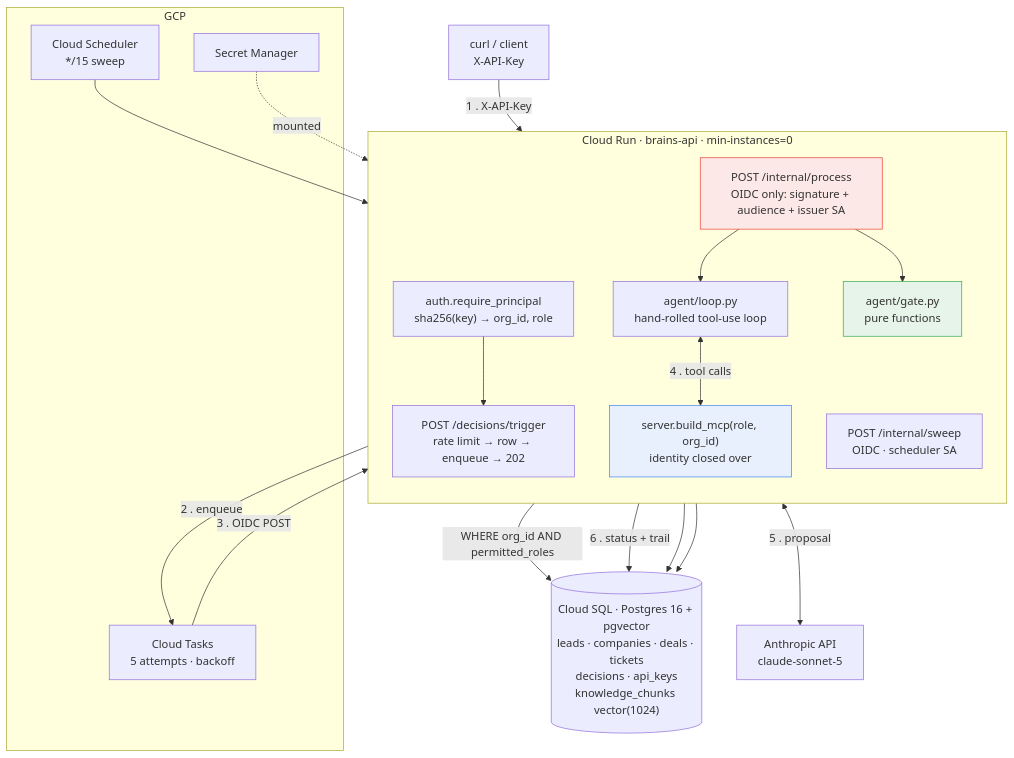
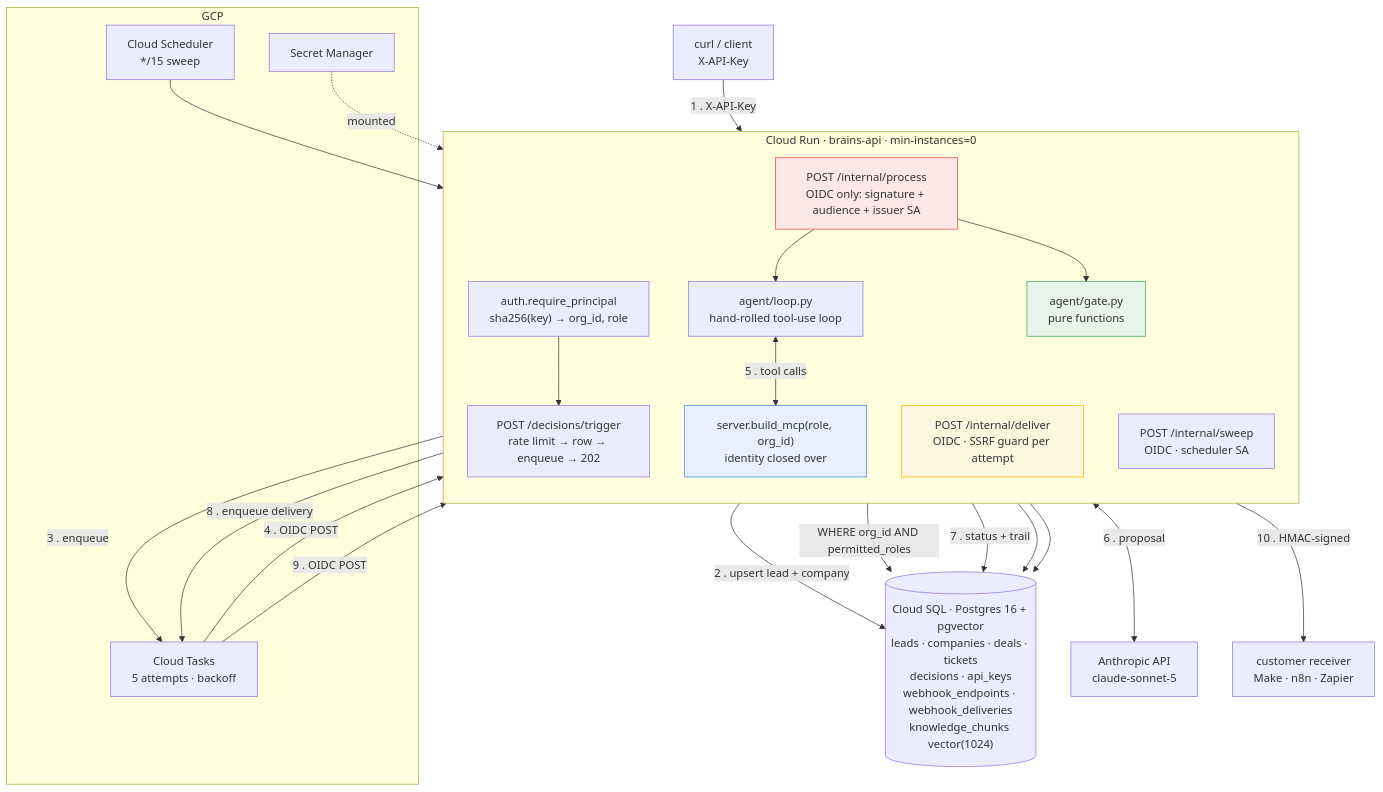
The first of 2 diagrams in README.md (abhishek42638/brains), drawn with Mermaid before and after one commit. The commit also changed other lines of this file and 12 other files, not shown here.

````diff
--- a/README.md
+++ b/README.md
@@ -18,44 +18,51 @@
 ```mermaid
 flowchart TB
     C["curl / client<br/>X-API-Key"]
 
     subgraph run ["Cloud Run · brains-api · min-instances=0"]
         direction TB
         AUTH["auth.require_principal<br/>sha256(key) → org_id, role"]
         TRIG["POST /decisions/trigger<br/>rate limit → row → enqueue → 202"]
         PROC["POST /internal/process<br/>OIDC only: signature + audience + issuer SA"]
+        DELIV["POST /internal/deliver<br/>OIDC · SSRF guard per attempt"]
         SWEEP["POST /internal/sweep<br/>OIDC · scheduler SA"]
         LOOP["agent/loop.py<br/>hand-rolled tool-use loop"]
         MCP["server.build_mcp(role, org_id)<br/>identity closed over"]
         GATE["agent/gate.py<br/>pure functions"]
     end
 
     subgraph gcp ["GCP"]
         TASKS["Cloud Tasks<br/>5 attempts · backoff"]
         SCHED["Cloud Scheduler<br/>*/15 sweep"]
         SEC["Secret Manager"]
     end
 
-    DB[("Cloud SQL · Postgres 16 + pgvector<br/>leads · companies · deals · tickets<br/>decisions · api_keys<br/>knowledge_chunks vector(1024)")]
+    DB[("Cloud SQL · Postgres 16 + pgvector<br/>leads · companies · deals · tickets<br/>decisions · api_keys<br/>webhook_endpoints · webhook_deliveries<br/>knowledge_chunks vector(1024)")]
 
     ANTH["Anthropic API<br/>claude-sonnet-5"]
+    RECV["customer receiver<br/>Make · n8n · Zapier"]
 
     C -->|"1 . X-API-Key"| AUTH
     AUTH --> TRIG
-    TRIG -->|"2 . enqueue"| TASKS
-    TASKS -->|"3 . OIDC POST"| PROC
+    TRIG -->|"2 . upsert lead + company"| DB
+    TRIG -->|"3 . enqueue"| TASKS
+    TASKS -->|"4 . OIDC POST"| PROC
     PROC --> LOOP
-    LOOP <-->|"4 . tool calls"| MCP
-    LOOP <-->|"5 . proposal"| ANTH
+    LOOP <-->|"5 . tool calls"| MCP
+    LOOP <-->|"6 . proposal"| ANTH
     MCP -->|"WHERE org_id AND permitted_roles"| DB
     PROC --> GATE
-    GATE -->|"6 . status + trail"| DB
+    GATE -->|"7 . status + trail"| DB
+    GATE -->|"8 . enqueue delivery"| TASKS
+    TASKS -->|"9 . OIDC POST"| DELIV
+    DELIV -->|"10 . HMAC-signed"| RECV
     SCHED --> SWEEP
     SWEEP --> DB
     SEC -.->|mounted| run
     AUTH --> DB
 
     style MCP fill:#e8f0fe,stroke:#4285f4
     style GATE fill:#e6f4ea,stroke:#34a853
     style PROC fill:#fce8e6,stroke:#ea4335
+    style DELIV fill:#fef7e0,stroke:#f9ab00
 ```
````
